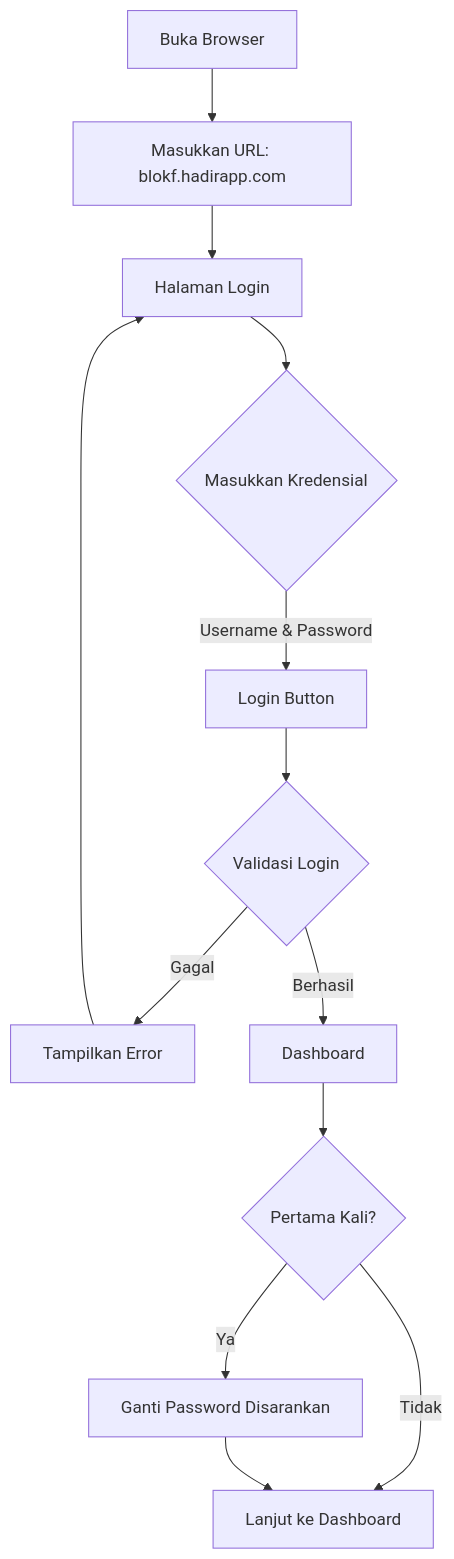
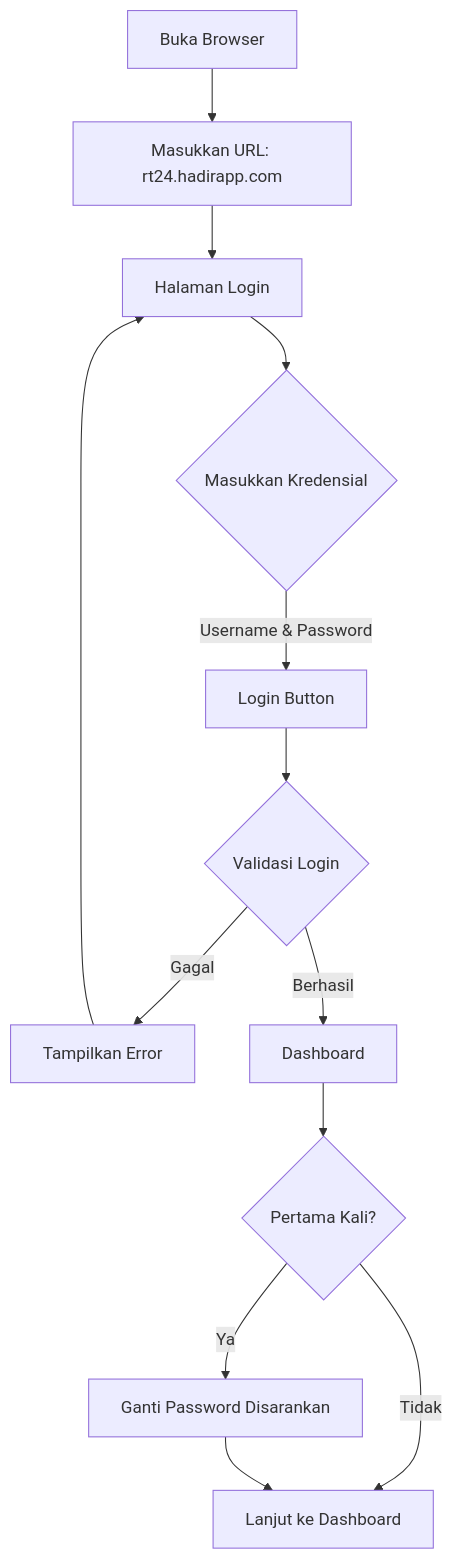
Before and after one commit to hadirapp-com/public-static: the first of 11 diagrams in docs/blokf/FLOW_PROSES.md, drawn with Mermaid. The commit also changed other lines of this file and 6 other files, not shown here.

````diff
--- a/docs/blokf/FLOW_PROSES.md
+++ b/docs/blokf/FLOW_PROSES.md
@@ -23,15 +23,15 @@
 ```mermaid
 flowchart TD
-    A[Buka Browser] --> B[Masukkan URL: blokf.hadirapp.com]
+    A[Buka Browser] --> B[Masukkan URL: rt24.hadirapp.com]
     B --> C[Halaman Login]
     C --> D{Masukkan Kredensial}
     D -->|Username & Password| E[Login Button]
     E --> F{Validasi Login}
     F -->|Gagal| G[Tampilkan Error]
     G --> C
     F -->|Berhasil| H[Dashboard]
     H --> I{Pertama Kali?}
     I -->|Ya| J[Ganti Password Disarankan]
     I -->|Tidak| K[Lanjut ke Dashboard]
     J --> K
 ```
````
